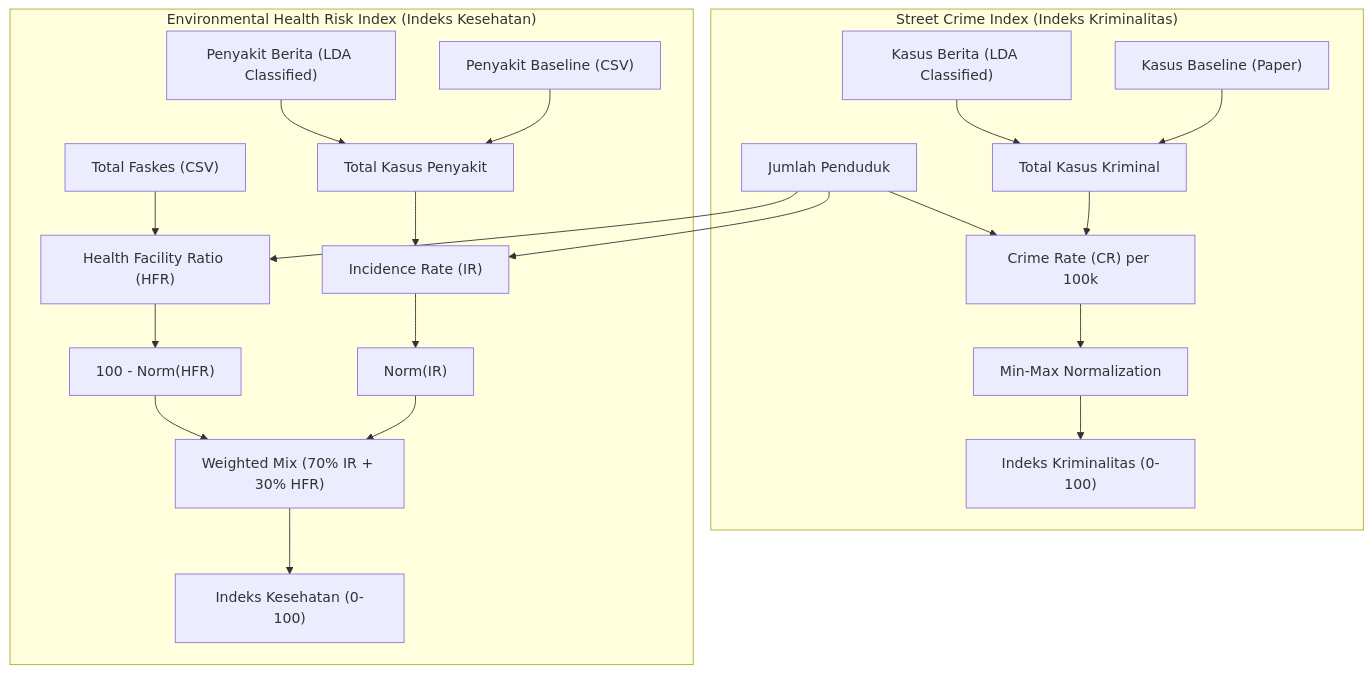
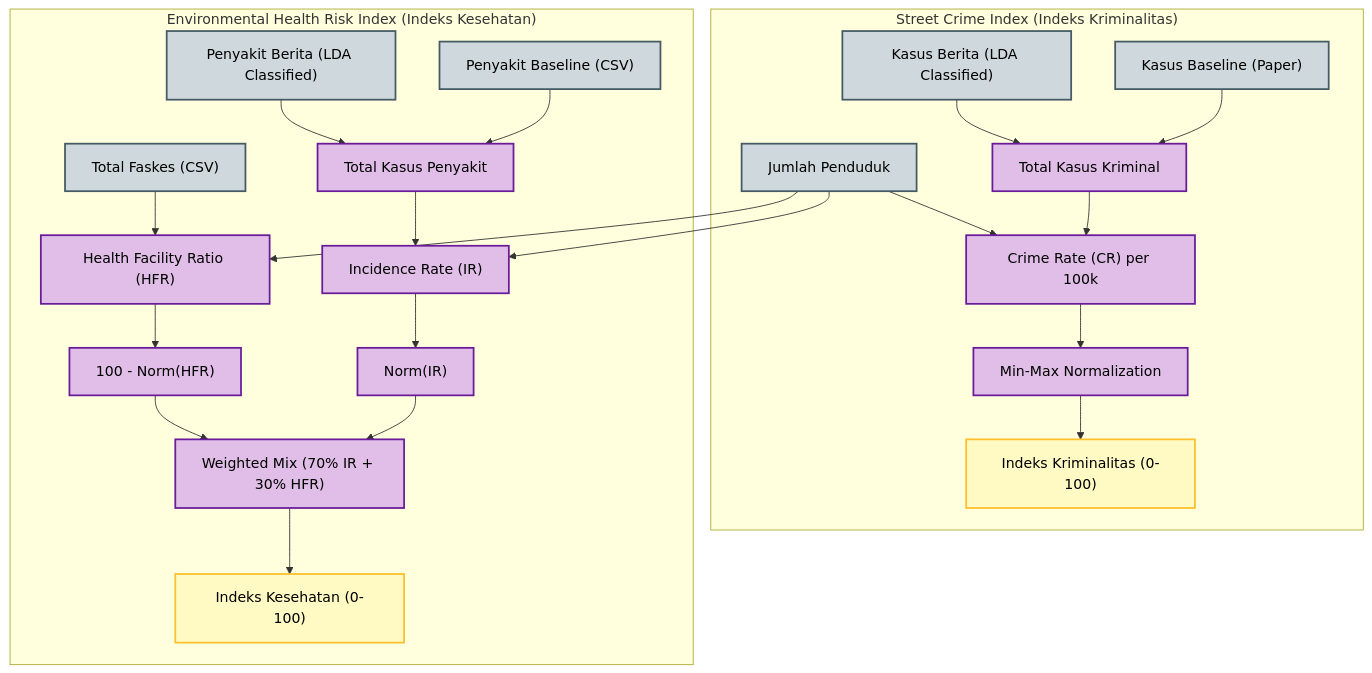
The sixth of 6 diagrams in README.md (airenmeyy/kelompok-1-eas-bigdata), drawn with Mermaid before and after one commit. The commit also changed other lines of this file, not shown here.

Commit message:
fix(docs): style all remaining Mermaid diagrams with color and high contrast

````diff
--- a/README.md
+++ b/README.md
@@ -656,17 +698,26 @@
 ```mermaid
 graph TD
+    %% Styling Definitions
+    classDef input fill:#cfd8dc,stroke:#455a64,stroke-width:2px,color:#000;
+    classDef calc fill:#e1bee7,stroke:#6a1b9a,stroke-width:2px,color:#000;
+    classDef output fill:#fff9c4,stroke:#fbc02d,stroke-width:2px,color:#000;
+
     subgraph Kriminalitas ["Street Crime Index (Indeks Kriminalitas)"]
         A["Kasus Baseline (Paper)"] & B["Kasus Berita (LDA Classified)"] --> C["Total Kasus Kriminal"]
         C & D["Jumlah Penduduk"] --> E["Crime Rate (CR) per 100k"]
         E --> F["Min-Max Normalization"] --> G["Indeks Kriminalitas (0-100)"]
     end
 
     subgraph Kesehatan ["Environmental Health Risk Index (Indeks Kesehatan)"]
         H["Penyakit Baseline (CSV)"] & I["Penyakit Berita (LDA Classified)"] --> J["Total Kasus Penyakit"]
         J & D --> K["Incidence Rate (IR)"]
         L["Total Faskes (CSV)"] & D --> M["Health Facility Ratio (HFR)"]
         K --> N["Norm(IR)"]
         M --> O["100 - Norm(HFR)"]
         N & O --> P["Weighted Mix (70% IR + 30% HFR)"] --> Q["Indeks Kesehatan (0-100)"]
     end
+
+    class A,B,H,I,L,D input;
+    class C,E,F,J,K,M,N,O,P calc;
+    class G,Q output;
 ```
````
